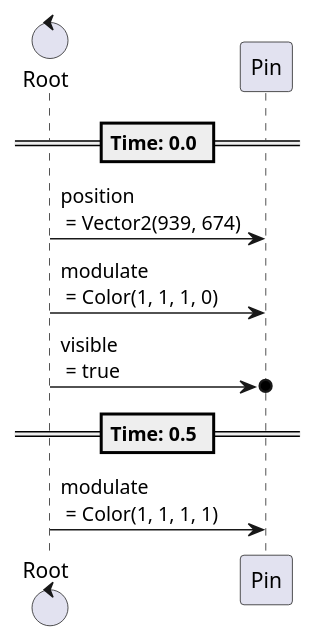
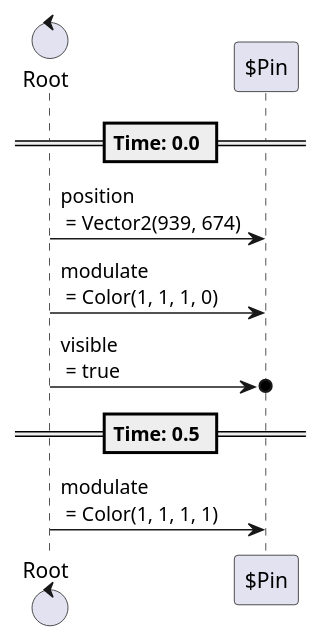
The tenth of 24 diagrams in content/scenes/src/beginning/chapters/chapters.tscn.adoc (tkmfujise/Platformer-Game-Learning), drawn with PlantUML before and after one commit. The commit also changed other lines of this file and 31 other files, not shown here.

Commit message:
Add prefix $ to node name in animation sequences

```diff
--- a/content/scenes/src/beginning/chapters/chapters.tscn.adoc
+++ b/content/scenes/src/beginning/chapters/chapters.tscn.adoc
@@ -505,16 +505,16 @@
 [plantuml]
 ....
-control "Root" as Root
-participant "Pin" as T0
+control "Root" as R
+participant "$Pin" as T0
 
 
 
 == Time: 0.0 ==
-Root  ->  T0 : position\n = Vector2(939, 674)
-Root  ->  T0 : modulate\n = Color(1, 1, 1, 0)
-Root  ->o  T0 : visible\n = true
+R  ->  T0 : position\n = Vector2(939, 674)
+R  ->  T0 : modulate\n = Color(1, 1, 1, 0)
+R  ->o  T0 : visible\n = true
 == Time: 0.5 ==
-Root  ->  T0 : modulate\n = Color(1, 1, 1, 1)
+R  ->  T0 : modulate\n = Color(1, 1, 1, 1)
 
 
 ....
```
